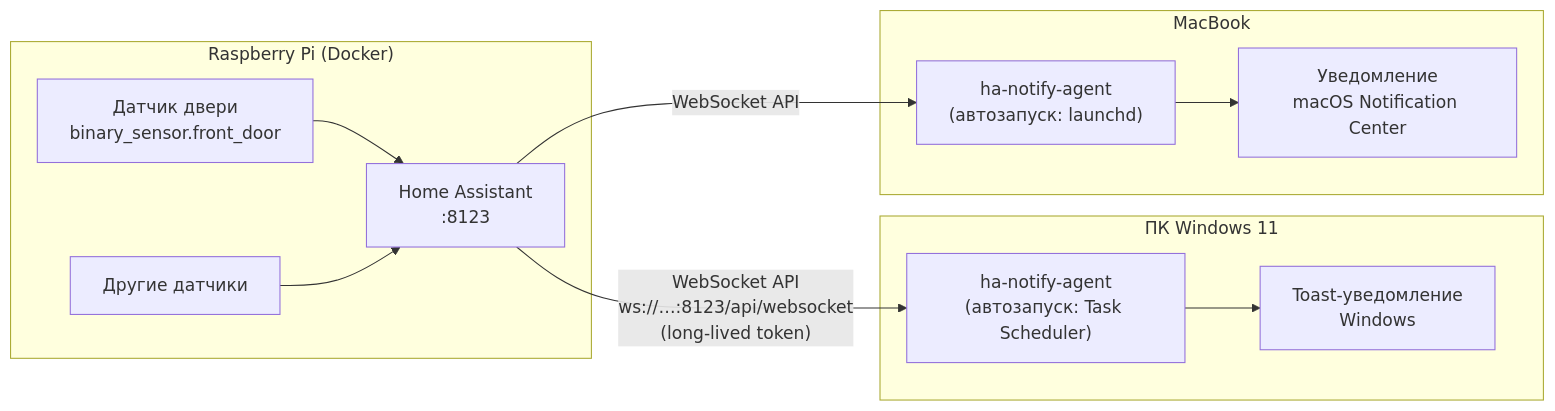
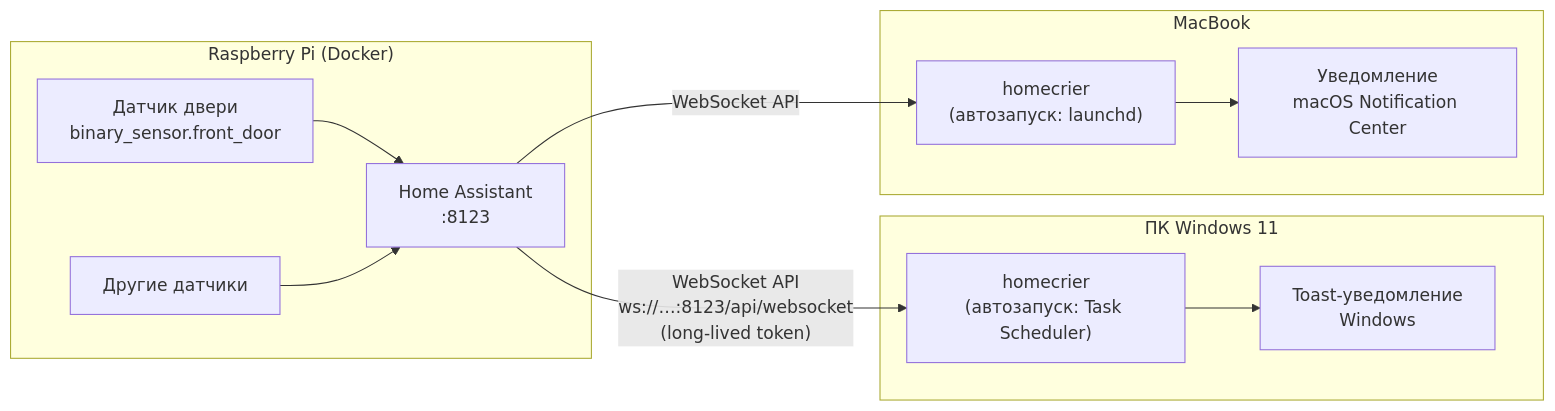
The first of 2 diagrams in docs/architecture.md (amur27/ha-homeping), drawn with Mermaid before and after one commit. The commit also changed other lines of this file and 18 other files, not shown here.

First line of the commit message:
rename: ha-notify-agent -> HomeCrier (бинарник homecrier)

````diff
--- a/docs/architecture.md
+++ b/docs/architecture.md
@@ -11,18 +11,18 @@
 ```mermaid
 flowchart LR
     subgraph RPi["Raspberry Pi (Docker)"]
         S1["Датчик двери\nbinary_sensor.front_door"] --> HA["Home Assistant\n:8123"]
         S2["Другие датчики"] --> HA
     end
 
     subgraph Win["ПК Windows 11"]
-        AW["ha-notify-agent\n(автозапуск: Task Scheduler)"] --> TW["Toast-уведомление\nWindows"]
+        AW["homecrier\n(автозапуск: Task Scheduler)"] --> TW["Toast-уведомление\nWindows"]
     end
 
     subgraph Mac["MacBook"]
-        AM["ha-notify-agent\n(автозапуск: launchd)"] --> TM["Уведомление\nmacOS Notification Center"]
+        AM["homecrier\n(автозапуск: launchd)"] --> TM["Уведомление\nmacOS Notification Center"]
     end
 
     HA -- "WebSocket API\nws://…:8123/api/websocket\n(long-lived token)" --> AW
     HA -- "WebSocket API" --> AM
 ```
````
